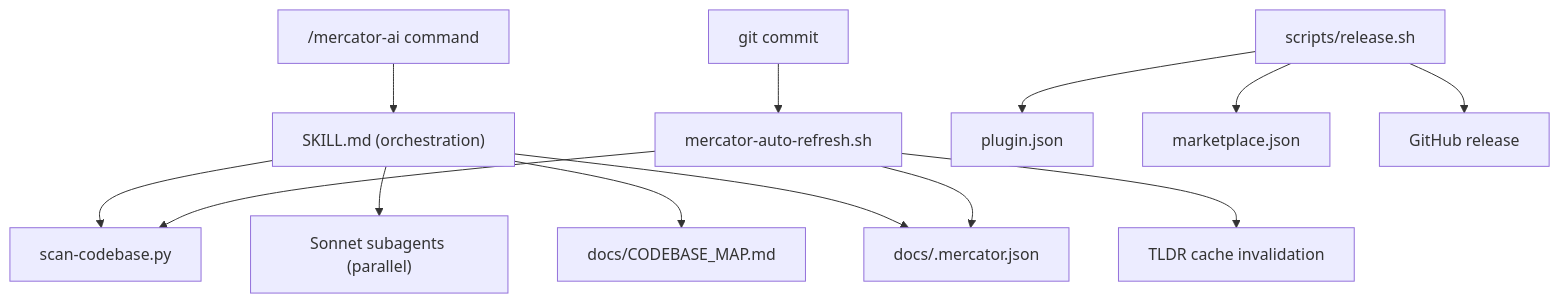
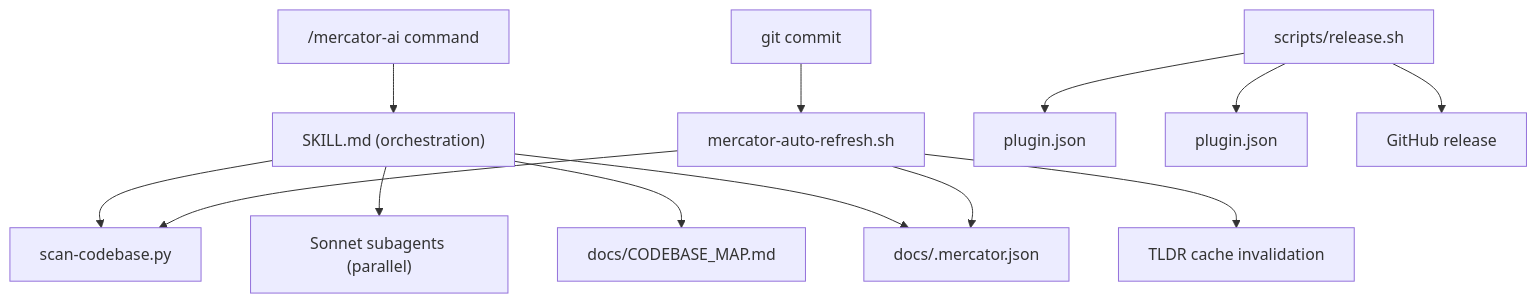
The first of 3 diagrams in docs/CODEBASE_MAP.md (shihwesley/mercator-ai), drawn with Mermaid before and after one commit. The commit also changed other lines of this file and 3 other files, not shown here.

First line of the commit message:
Rename marketplace.json to plugin.json

````diff
--- a/docs/CODEBASE_MAP.md
+++ b/docs/CODEBASE_MAP.md
@@ -15,17 +15,17 @@
 ```mermaid
 graph TD
     USER["/mercator-ai command"] --> SKILL["SKILL.md (orchestration)"]
     SKILL --> SCANNER["scan-codebase.py"]
     SKILL --> SUBAGENTS["Sonnet subagents (parallel)"]
     SKILL --> MAP["docs/CODEBASE_MAP.md"]
     SKILL --> MANIFEST["docs/.mercator.json"]
 
     COMMIT["git commit"] --> HOOK["mercator-auto-refresh.sh"]
     HOOK --> SCANNER
     HOOK --> MANIFEST
     HOOK --> TLDR["TLDR cache invalidation"]
 
     RELEASE["scripts/release.sh"] --> PLUGJSON["plugin.json"]
-    RELEASE --> MKTJSON["marketplace.json"]
+    RELEASE --> MKTJSON["plugin.json"]
     RELEASE --> GH["GitHub release"]
 ```
````
